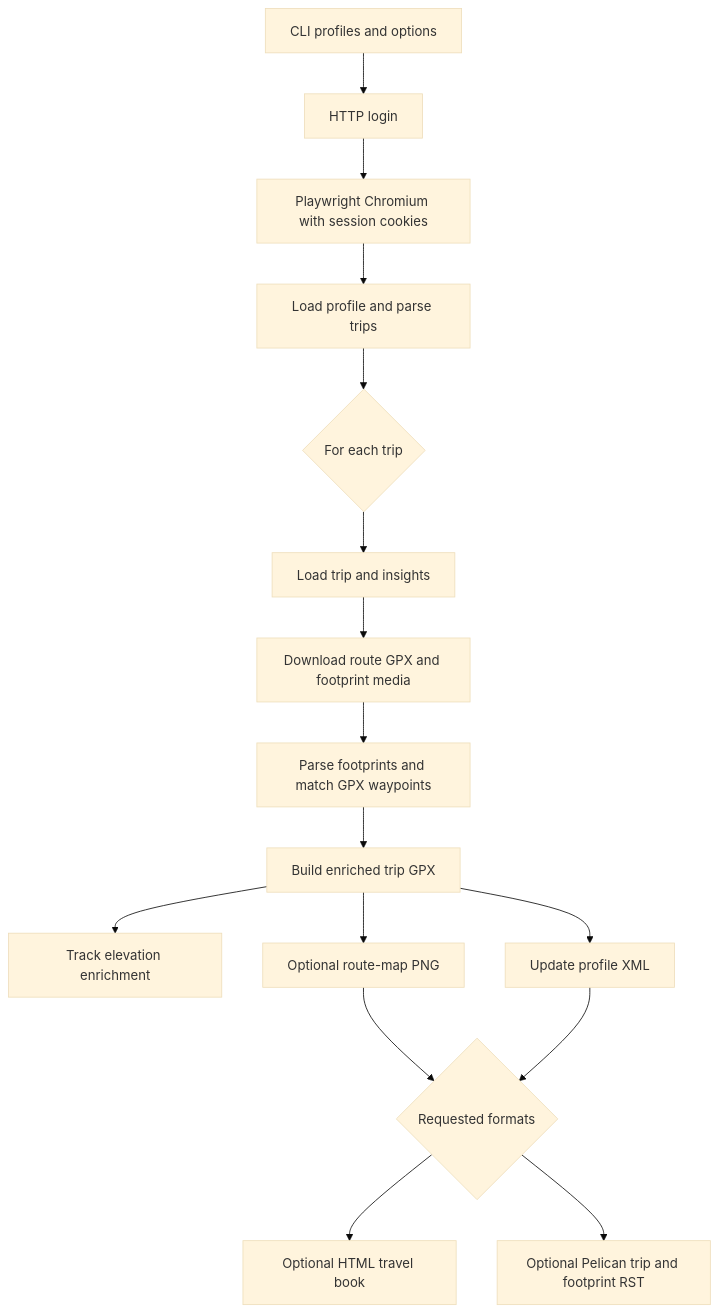
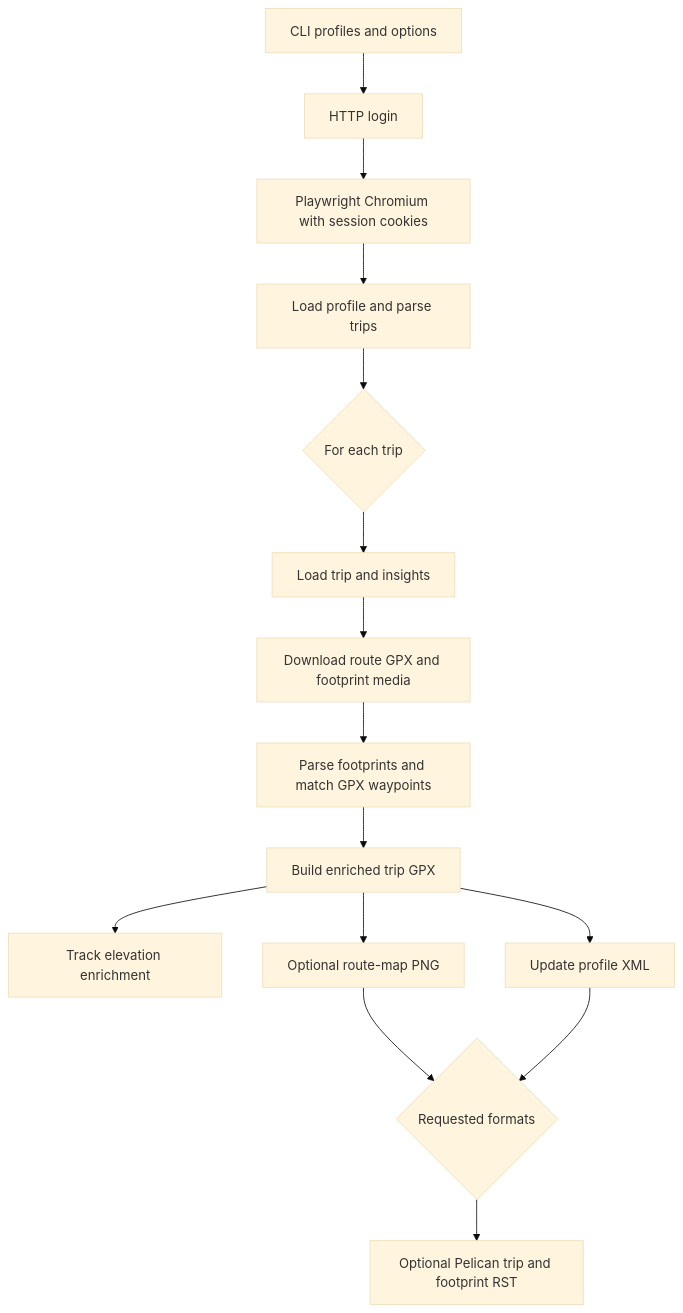
The diagram in docs/architecture.md (lburais/FindPenguinsScrapper), drawn with Mermaid (base theme) before and after one commit. The commit also changed other lines of this file and 4 other files, not shown here.

````diff
--- a/docs/architecture.md
+++ b/docs/architecture.md
@@ -23,18 +23,17 @@
 ```mermaid
 flowchart TD
   A[CLI profiles and options] --> B[HTTP login]
   B --> C[Playwright Chromium with session cookies]
   C --> D[Load profile and parse trips]
   D --> E{For each trip}
   E --> F[Load trip and insights]
   F --> G[Download route GPX and footprint media]
   G --> H[Parse footprints and match GPX waypoints]
   H --> I[Build enriched trip GPX]
   I --> J[Track elevation enrichment]
   I --> K[Optional route-map PNG]
   I --> L[Update profile XML]
   K --> M{Requested formats}
   L --> M
-  M --> N[Optional HTML travel book]
   M --> O[Optional Pelican trip and footprint RST]
 ```
````
